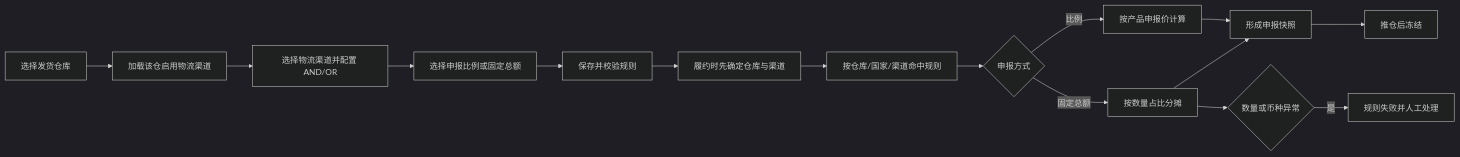
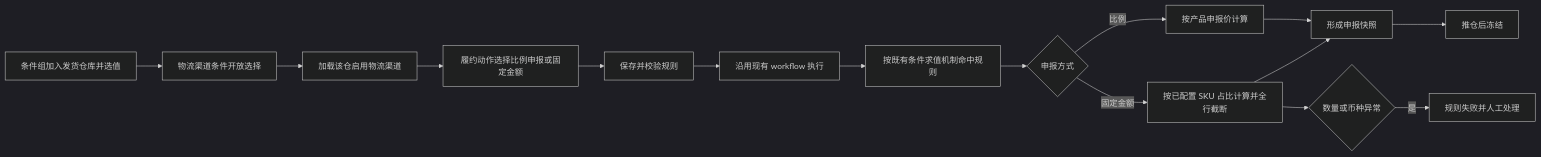
The diagram in docs/v0.28.4/tasks/0185/product-plan.md (arlo-hello/erp-ai-docs-arlo), drawn with Mermaid (dark theme) before and after one commit. The commit also changed other lines of this file and 4 other files, not shown here.

````diff
--- a/docs/v0.28.4/tasks/0185/product-plan.md
+++ b/docs/v0.28.4/tasks/0185/product-plan.md
@@ -42,17 +42,17 @@
 ```mermaid
 flowchart LR
-  A[选择发货仓库] --> B[加载该仓启用物流渠道]
-  B --> C[选择物流渠道并配置 AND/OR]
-  C --> D[选择申报比例或固定总额]
+  A[条件组加入发货仓库并选值] --> B[物流渠道条件开放选择]
+  B --> C[加载该仓启用物流渠道]
+  C --> D[履约动作选择比例申报或固定金额]
   D --> E[保存并校验规则]
-  E --> F[履约时先确定仓库与渠道]
-  F --> G[按仓库/国家/渠道命中规则]
+  E --> F[沿用现有 workflow 执行]
+  F --> G[按既有条件求值机制命中规则]
   G --> H{申报方式}
   H -->|比例| I[按产品申报价计算]
-  H -->|固定总额| J[按数量占比分摊]
+  H -->|固定金额| J[按已配置 SKU 占比计算并全行截断]
   I --> K[形成申报快照]
   J --> K
   K --> L[推仓后冻结]
   J --> M{数量或币种异常}
   M -->|是| N[规则失败并人工处理]
 ```
````
